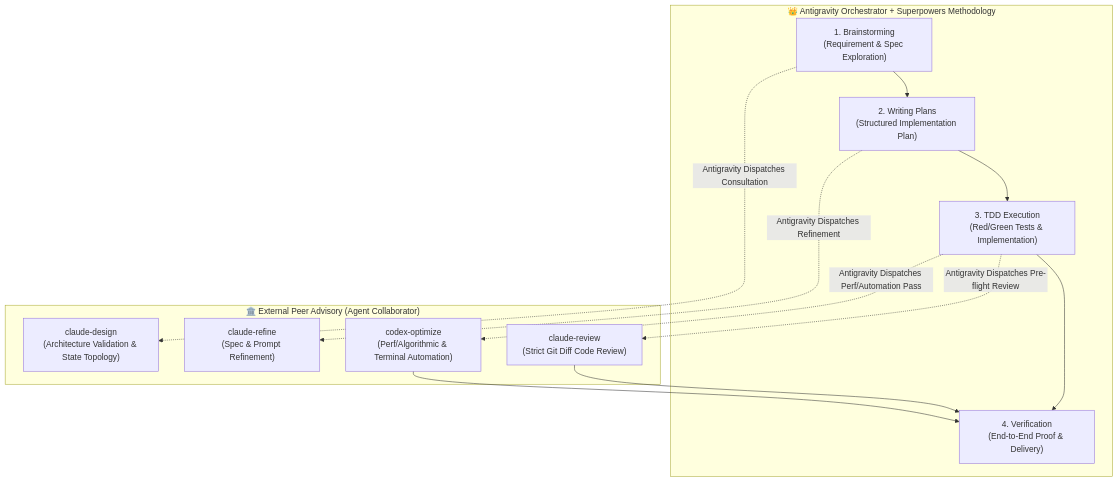
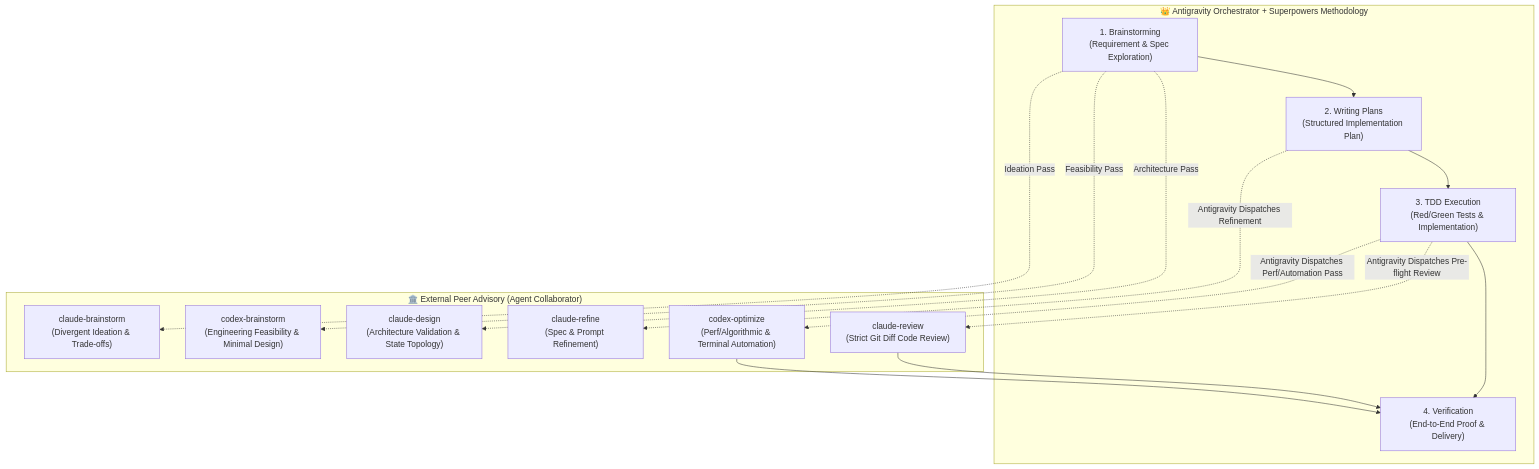
One commit to gogog22510/agent-collaborator changed the second of 2 diagrams in README.md. Above: the diagram before and after it, drawn with Mermaid. The commit also changed other lines of this file and 11 other files, not shown here.

Commit message:
feat: add claude-brainstorm and codex-brainstorm tools, fix rate-limit false fallback, update templates and docs

````diff
--- a/README.md
+++ b/README.md
@@ -166,22 +170,26 @@
 ```mermaid
 flowchart TD
     subgraph AntigravitySuperpowers["👑 Antigravity Orchestrator + Superpowers Methodology"]
         B["1. Brainstorming<br/>(Requirement & Spec Exploration)"] --> P["2. Writing Plans<br/>(Structured Implementation Plan)"]
         P --> T["3. TDD Execution<br/>(Red/Green Tests & Implementation)"]
         T --> V["4. Verification<br/>(End-to-End Proof & Delivery)"]
     end
 
     subgraph PeerAdvisors["🏛️ External Peer Advisory (Agent Collaborator)"]
+        CB["claude-brainstorm<br/>(Divergent Ideation & Trade-offs)"]
+        XB["codex-brainstorm<br/>(Engineering Feasibility & Minimal Design)"]
         CD["claude-design<br/>(Architecture Validation & State Topology)"]
         CR["claude-refine<br/>(Spec & Prompt Refinement)"]
         CW["claude-review<br/>(Strict Git Diff Code Review)"]
         CO["codex-optimize<br/>(Perf/Algorithmic & Terminal Automation)"]
     end
 
-    B -.->|Antigravity Dispatches Consultation| CD
+    B -.->|Ideation Pass| CB
+    B -.->|Feasibility Pass| XB
+    B -.->|Architecture Pass| CD
     P -.->|Antigravity Dispatches Refinement| CR
     T -.->|Antigravity Dispatches Pre-flight Review| CW
     T -.->|Antigravity Dispatches Perf/Automation Pass| CO
     CW --> V
     CO --> V
 ```
````
